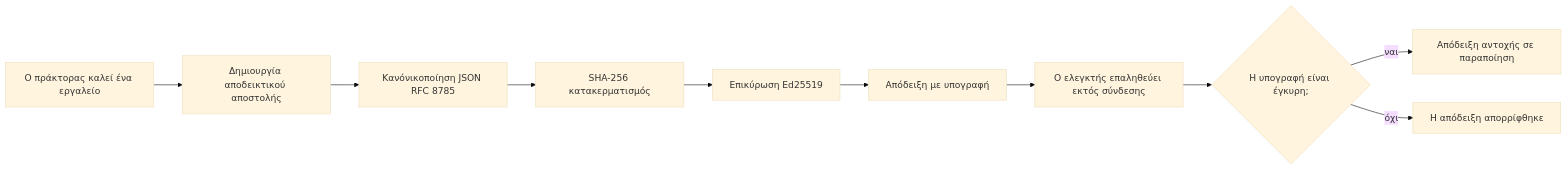
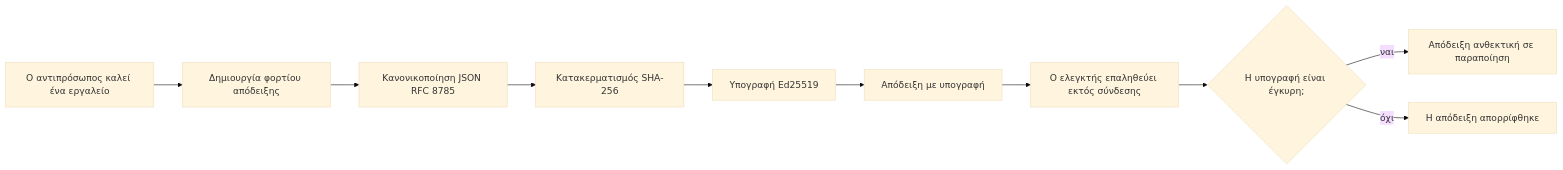
One commit to gabrielmoreira/agent-skills-mirror changed the first of 2 diagrams in mirrors/repos/microsoft@ai-agents-for-beginners/translations/el/18-securing-ai-agents/README.md. Above: the diagram before and after it, drawn with Mermaid (base theme). The commit also changed other lines of this file and 2285 other files, not shown here.

````diff
--- a/mirrors/repos/microsoft@ai-agents-for-beginners/translations/el/18-securing-ai-agents/README.md
+++ b/mirrors/repos/microsoft@ai-agents-for-beginners/translations/el/18-securing-ai-agents/README.md
@@ -51,12 +51,12 @@
 ```mermaid
 flowchart LR
-    A[Ο πράκτορας καλεί ένα εργαλείο] --> B[Δημιουργία αποδεικτικού αποστολής]
-    B --> C[Κανόνικοποίηση JSON RFC 8785]
-    C --> D[SHA-256 κατακερματισμός]
-    D --> E[Επικύρωση Ed25519]
+    A[Ο αντιπρόσωπος καλεί ένα εργαλείο] --> B[Δημιουργία φορτίου απόδειξης]
+    B --> C[Κανoνικοποίηση JSON RFC 8785]
+    C --> D[Κατακερματισμός SHA-256]
+    D --> E[Υπογραφή Ed25519]
     E --> F[Απόδειξη με υπογραφή]
     F --> G[Ο ελεγκτής επαληθεύει εκτός σύνδεσης]
     G --> H{Η υπογραφή είναι έγκυρη;}
-    H -- ναι --> I[Απόδειξη αντοχής σε παραποίηση]
+    H -- ναι --> I[Απόδειξη ανθεκτική σε παραποίηση]
     H -- όχι --> J[Η απόδειξη απορρίφθηκε]
 ```
````
